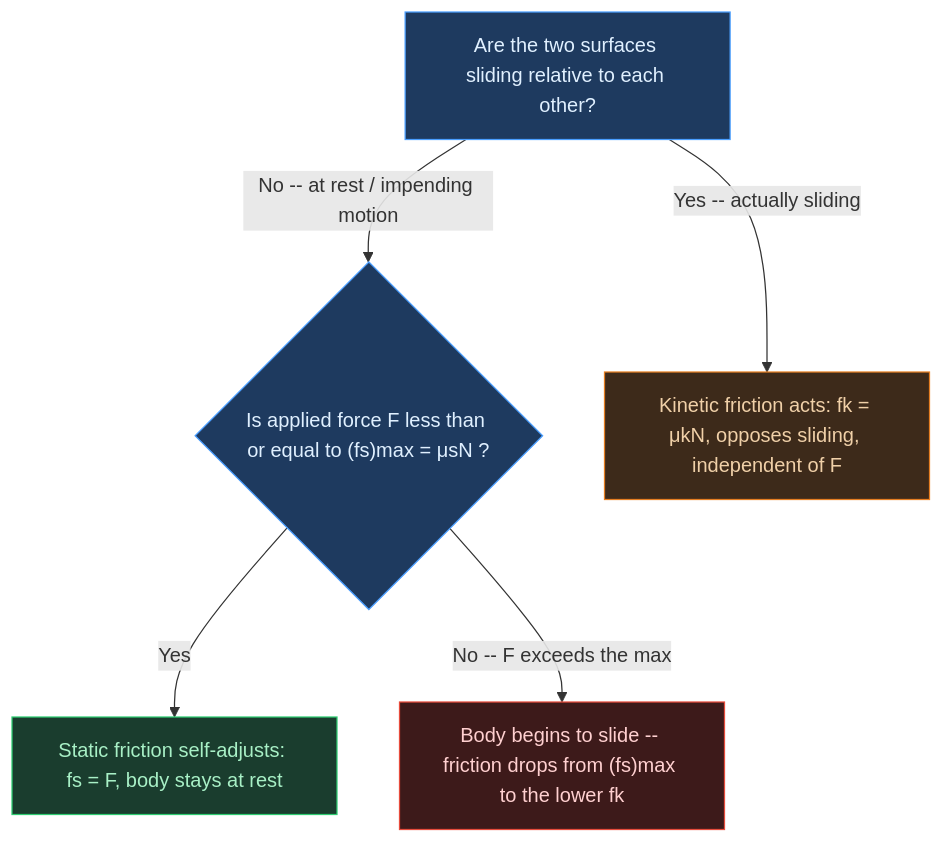
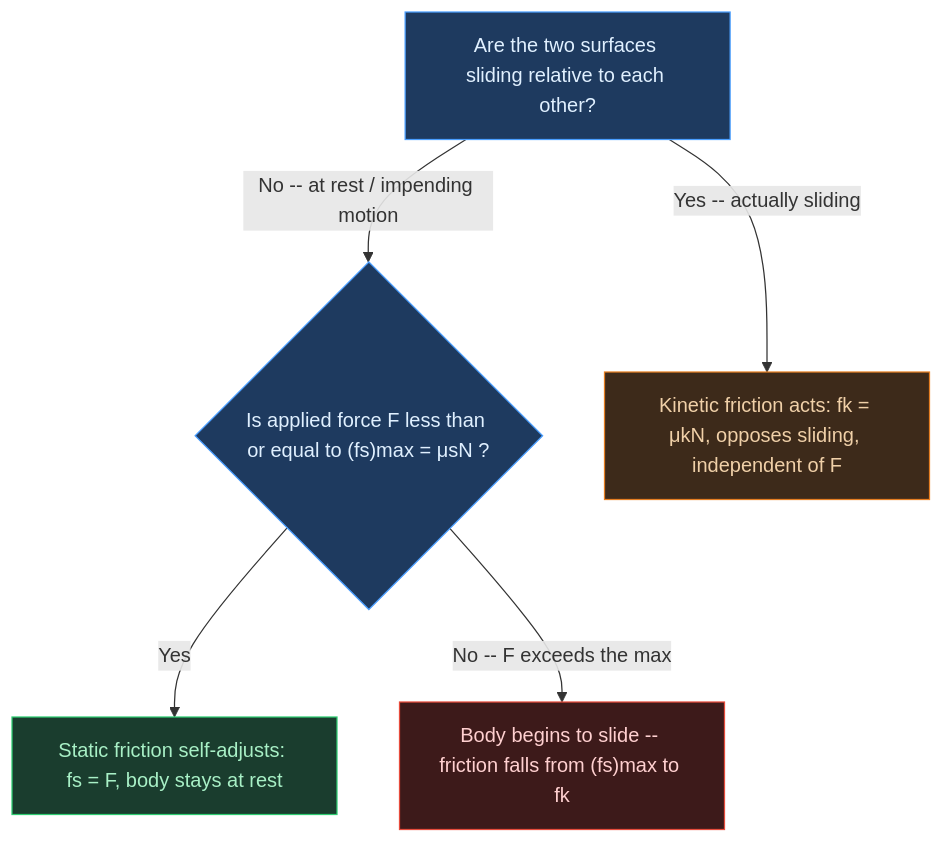
The second of 2 diagrams in AI-NOTES/PHYSICS/PHYSICS04-LAWS_OF_MOTION/PHYSICS04-LAWS_OF_MOTION-NOTES.md (fsr-science/NCERT-Science), drawn with Mermaid before and after one commit. The commit also changed other lines of this file and 3 other files, not shown here.

````diff
--- a/AI-NOTES/PHYSICS/PHYSICS04-LAWS_OF_MOTION/PHYSICS04-LAWS_OF_MOTION-NOTES.md
+++ b/AI-NOTES/PHYSICS/PHYSICS04-LAWS_OF_MOTION/PHYSICS04-LAWS_OF_MOTION-NOTES.md
@@ -718,14 +891,14 @@
 ```mermaid
 flowchart TD
     A["Are the two surfaces sliding relative to each other?"]
     A -->|"No -- at rest / impending motion"| B{"Is applied force F less than or equal to (fs)max = μsN ?"}
     A -->|"Yes -- actually sliding"| C["Kinetic friction acts: fk = μkN, opposes sliding, independent of F"]
     B -->|"Yes"| D["Static friction self-adjusts: fs = F, body stays at rest"]
-    B -->|"No -- F exceeds the max"| E["Body begins to slide -- friction drops from (fs)max to the lower fk"]
+    B -->|"No -- F exceeds the max"| E["Body begins to slide -- friction falls from (fs)max to fk"]
 
     style A fill:#1e3a5f,color:#e0f0ff,stroke:#4a9eff
     style B fill:#1e3a5f,color:#e0f0ff,stroke:#4a9eff
     style D fill:#1a3d2e,color:#a8f0c6,stroke:#2ecc71
     style C fill:#3d2a1a,color:#f0d0a8,stroke:#e67e22
     style E fill:#3d1a1a,color:#ffd0d0,stroke:#e74c3c
 ```
````
